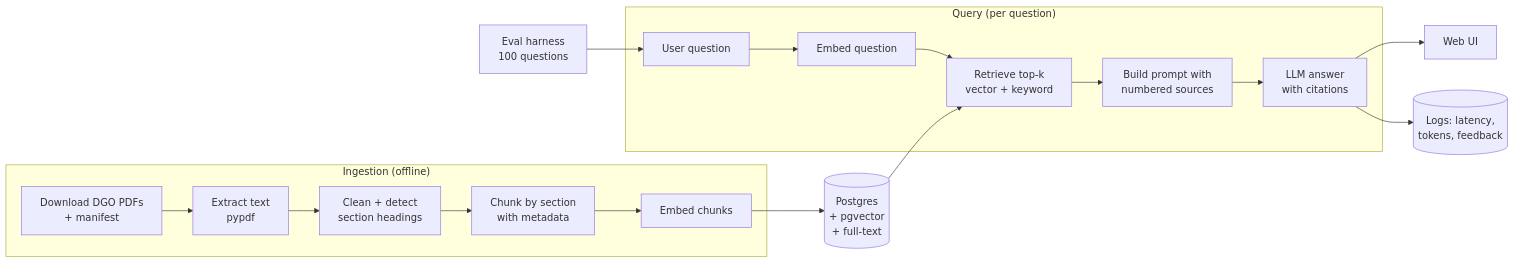
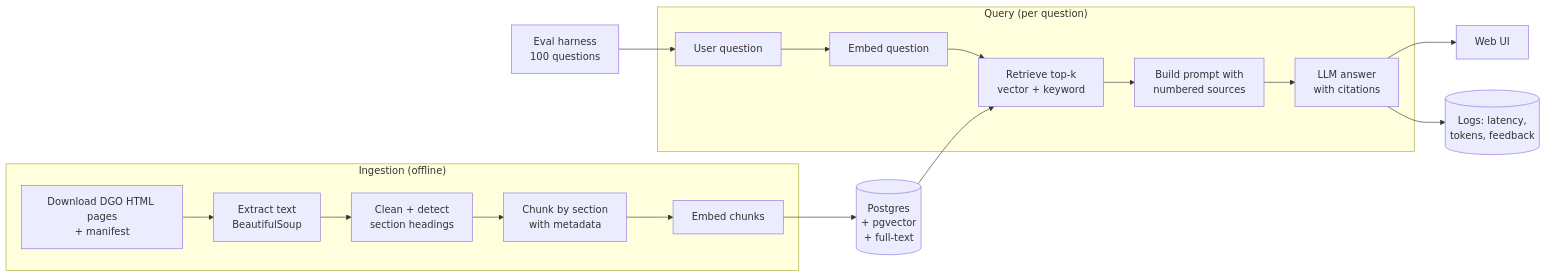
One commit to Bath-Navroop/SF-Policy-RAG changed the diagram in PLAN.md. Above: the diagram before and after it, drawn with Mermaid. The commit also changed other lines of this file and 3 other files, not shown here.

Commit message:
Finished web scraping and DGO download

````diff
--- a/PLAN.md
+++ b/PLAN.md
@@ -87,20 +94,20 @@
 ```mermaid
 flowchart LR
   subgraph Ingestion["Ingestion (offline)"]
-    A[Download DGO PDFs<br/>+ manifest] --> B[Extract text<br/>pypdf]
+    A[Download DGO HTML pages<br/>+ manifest] --> B[Extract text<br/>BeautifulSoup]
     B --> C[Clean + detect<br/>section headings]
     C --> D[Chunk by section<br/>with metadata]
     D --> E[Embed chunks]
   end
   E --> DB[(Postgres<br/>+ pgvector<br/>+ full-text)]
   subgraph Query["Query (per question)"]
     Q[User question] --> QE[Embed question]
     QE --> R[Retrieve top-k<br/>vector + keyword]
     R --> P[Build prompt with<br/>numbered sources]
     P --> L[LLM answer<br/>with citations]
   end
   DB --> R
   L --> UI[Web UI]
   L --> LOG[(Logs: latency,<br/>tokens, feedback)]
   EV[Eval harness<br/>100 questions] --> Q
 ```
````
